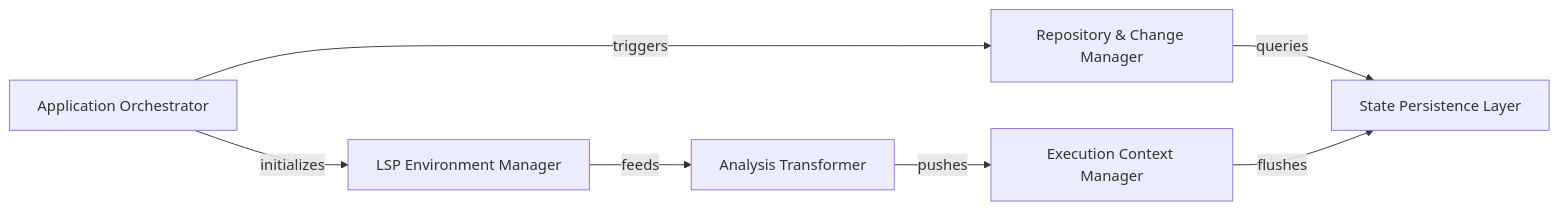
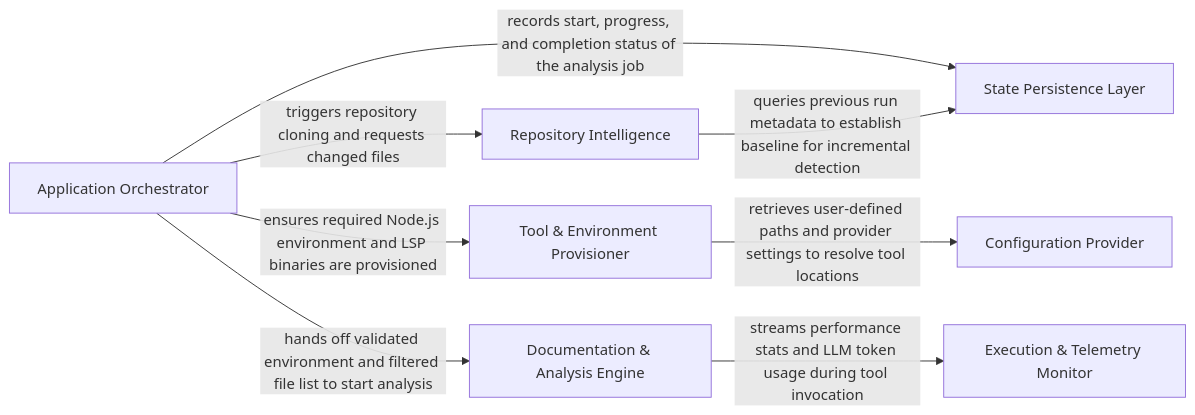
One commit to CodeBoarding/CodeBoarding changed the diagram in .codeboarding/Application_Orchestrator_Repository_Manager.md. Above: the diagram before and after it, drawn with Mermaid. The commit also changed other lines of this file and 5 other files, not shown here.

````diff
--- a/.codeboarding/Application_Orchestrator_Repository_Manager.md
+++ b/.codeboarding/Application_Orchestrator_Repository_Manager.md
@@ -1,15 +1,17 @@
 ```mermaid
 graph LR
     Application_Orchestrator["Application Orchestrator"]
-    Repository_Change_Manager["Repository & Change Manager"]
-    LSP_Environment_Manager["LSP Environment Manager"]
-    Analysis_Transformer["Analysis Transformer"]
-    Execution_Context_Manager["Execution Context Manager"]
+    Repository_Intelligence["Repository Intelligence"]
+    Tool_Environment_Provisioner["Tool & Environment Provisioner"]
+    Documentation_Analysis_Engine["Documentation & Analysis Engine"]
+    Execution_Telemetry_Monitor["Execution & Telemetry Monitor"]
     State_Persistence_Layer["State Persistence Layer"]
-    Application_Orchestrator -- "triggers" --> Repository_Change_Manager
-    Application_Orchestrator -- "initializes" --> LSP_Environment_Manager
-    Repository_Change_Manager -- "queries" --> State_Persistence_Layer
-    LSP_Environment_Manager -- "feeds" --> Analysis_Transformer
-    Analysis_Transformer -- "pushes" --> Execution_Context_Manager
-    Execution_Context_Manager -- "flushes" --> State_Persistence_Layer
+    Configuration_Provider["Configuration Provider"]
+    Application_Orchestrator -- "triggers repository cloning and requests changed files" --> Repository_Intelligence
+    Application_Orchestrator -- "ensures required Node.js environment and LSP binaries are provisioned" --> Tool_Environment_Provisioner
+    Application_Orchestrator -- "hands off validated environment and filtered file list to start analysis" --> Documentation_Analysis_Engine
+    Application_Orchestrator -- "records start, progress, and completion status of the analysis job" --> State_Persistence_Layer
+    Repository_Intelligence -- "queries previous run metadata to establish baseline for incremental detection" --> State_Persistence_Layer
+    Documentation_Analysis_Engine -- "streams performance stats and LLM token usage during tool invocation" --> Execution_Telemetry_Monitor
+    Tool_Environment_Provisioner -- "retrieves user‑defined paths and provider settings to resolve tool locations" --> Configuration_Provider
 ```
````
